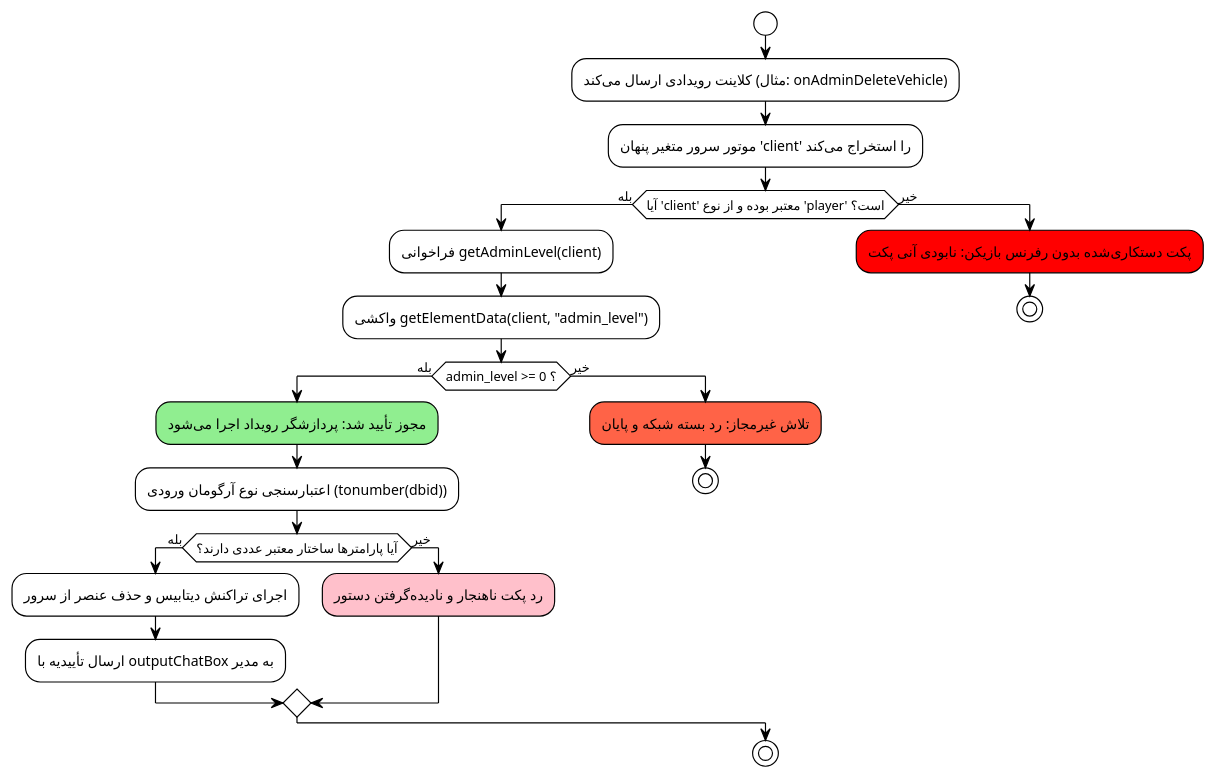
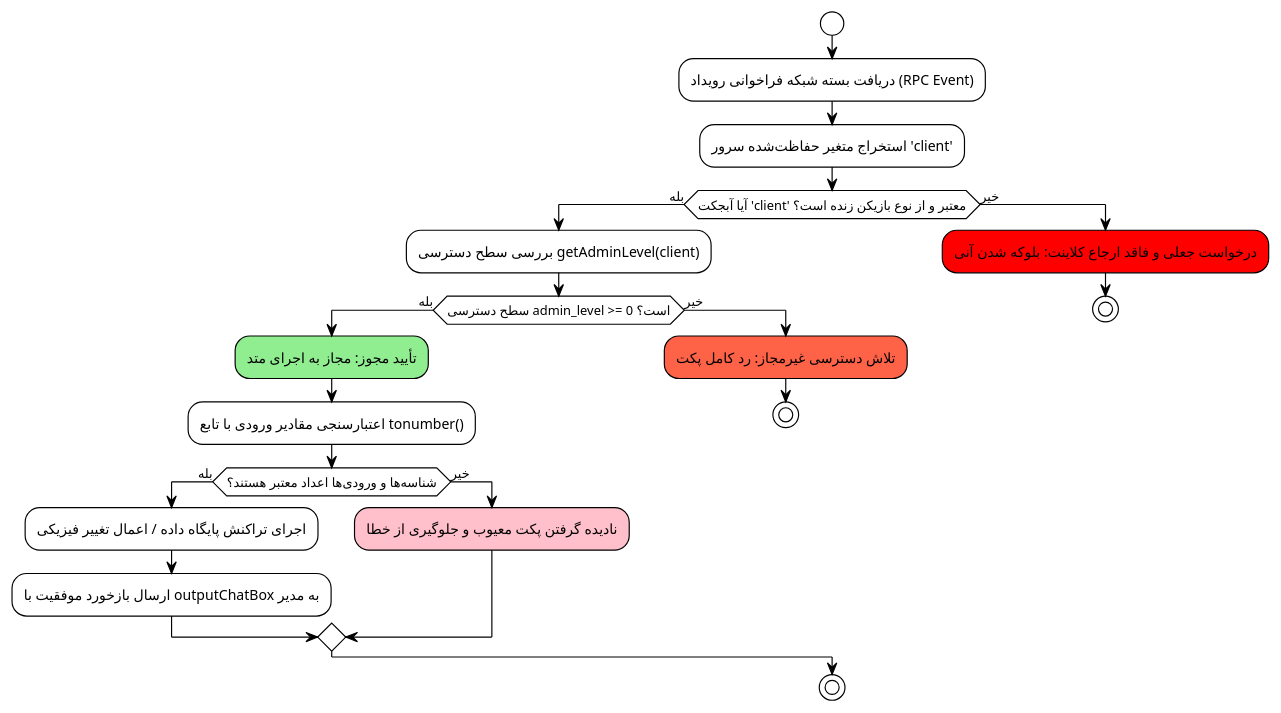
The seventh of 7 diagrams in resources/admin_vehicles/ReadMe.md (Silent-Galaxy/SilentRP), drawn with PlantUML before and after one commit. The commit also changed other lines of this file, not shown here.

```diff
--- a/resources/admin_vehicles/ReadMe.md
+++ b/resources/admin_vehicles/ReadMe.md
@@ -520,28 +513,27 @@
 @startuml
 !theme plain
 start
-:کلاینت رویدادی ارسال می‌کند (مثال: onAdminDeleteVehicle);
-:موتور سرور متغیر پنهان 'client' را استخراج می‌کند;
+:دریافت بسته شبکه فراخوانی رویداد (RPC Event);
+:استخراج متغیر حفاظت‌شده سرور 'client';
 
-if (آیا 'client' معتبر بوده و از نوع 'player' است؟) then (بله)
-    :فراخوانی getAdminLevel(client);
-    :واکشی getElementData(client, "admin_level");
-    if (admin_level >= 0 ؟) then (بله)
-        #LightGreen:مجوز تأیید شد: پردازشگر رویداد اجرا می‌شود;
-        :اعتبارسنجی نوع آرگومان ورودی (tonumber(dbid));
-        if (آیا پارامترها ساختار معتبر عددی دارند؟) then (بله)
-            :اجرای تراکنش دیتابیس و حذف عنصر از سرور;
-            :ارسال تأییدیه با outputChatBox به مدیر;
+if (آیا آبجکت 'client' معتبر و از نوع بازیکن زنده است؟) then (بله)
+    :بررسی سطح دسترسی getAdminLevel(client);
+    if (سطح دسترسی admin_level >= 0 است؟) then (بله)
+        #LightGreen:تأیید مجوز: مجاز به اجرای متد;
+        :اعتبارسنجی مقادیر ورودی با تابع tonumber();
+        if (شناسه‌ها و ورودی‌ها اعداد معتبر هستند؟) then (بله)
+            :اجرای تراکنش پایگاه داده / اعمال تغییر فیزیکی;
+            :ارسال بازخورد موفقیت با outputChatBox به مدیر;
         else (خیر)
-            #Pink:رد پکت ناهنجار و نادیده‌گرفتن دستور;
+            #Pink:نادیده گرفتن پکت معیوب و جلوگیری از خطا;
         endif
     else (خیر)
-        #Tomato:تلاش غیرمجاز: رد بسته شبکه و پایان;
+        #Tomato:تلاش دسترسی غیرمجاز: رد کامل پکت;
         stop
     endif
 else (خیر)
-    #Red:پکت دستکاری‌شده بدون رفرنس بازیکن: نابودی آنی پکت;
+    #Red:درخواست جعلی و فاقد ارجاع کلاینت: بلوکه شدن آنی;
     stop
 endif
 stop
 @enduml
```
